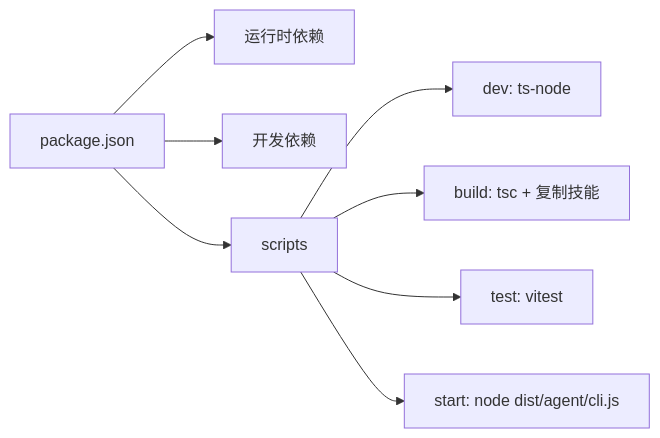
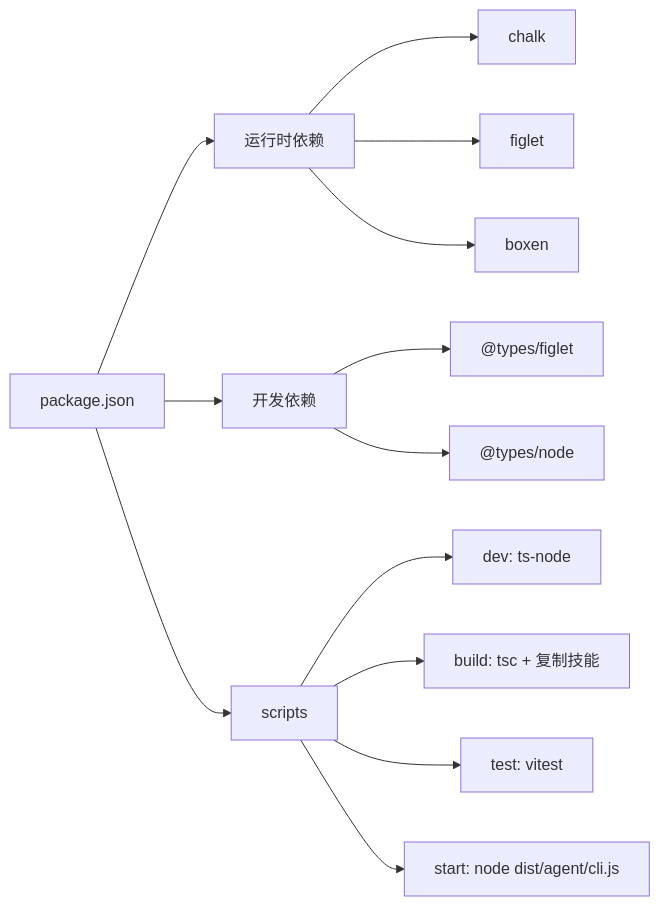
One commit to HAOFUYANG/onion-code changed the tenth of 10 diagrams in .qoder/repowiki/zh/content/开发者指南/开发者指南.md. Above: the diagram before and after it, drawn with Mermaid. The commit also changed other lines of this file and 3 other files, not shown here.

````diff
--- a/.qoder/repowiki/zh/content/开发者指南/开发者指南.md
+++ b/.qoder/repowiki/zh/content/开发者指南/开发者指南.md
@@ -320,10 +355,15 @@
 ```mermaid
 graph LR
 P["package.json"] --> R["运行时依赖"]
 P --> D["开发依赖"]
 P --> S["scripts"]
 S --> DEV["dev: ts-node"]
 S --> BUILD["build: tsc + 复制技能"]
 S --> TEST["test: vitest"]
 S --> START["start: node dist/agent/cli.js"]
+R --> CHALK["chalk"]
+R --> FIGLET["figlet"]
+R --> BOXEN["boxen"]
+D --> TYPES["@types/figlet"]
+D --> NODETYPES["@types/node"]
 ```
````
